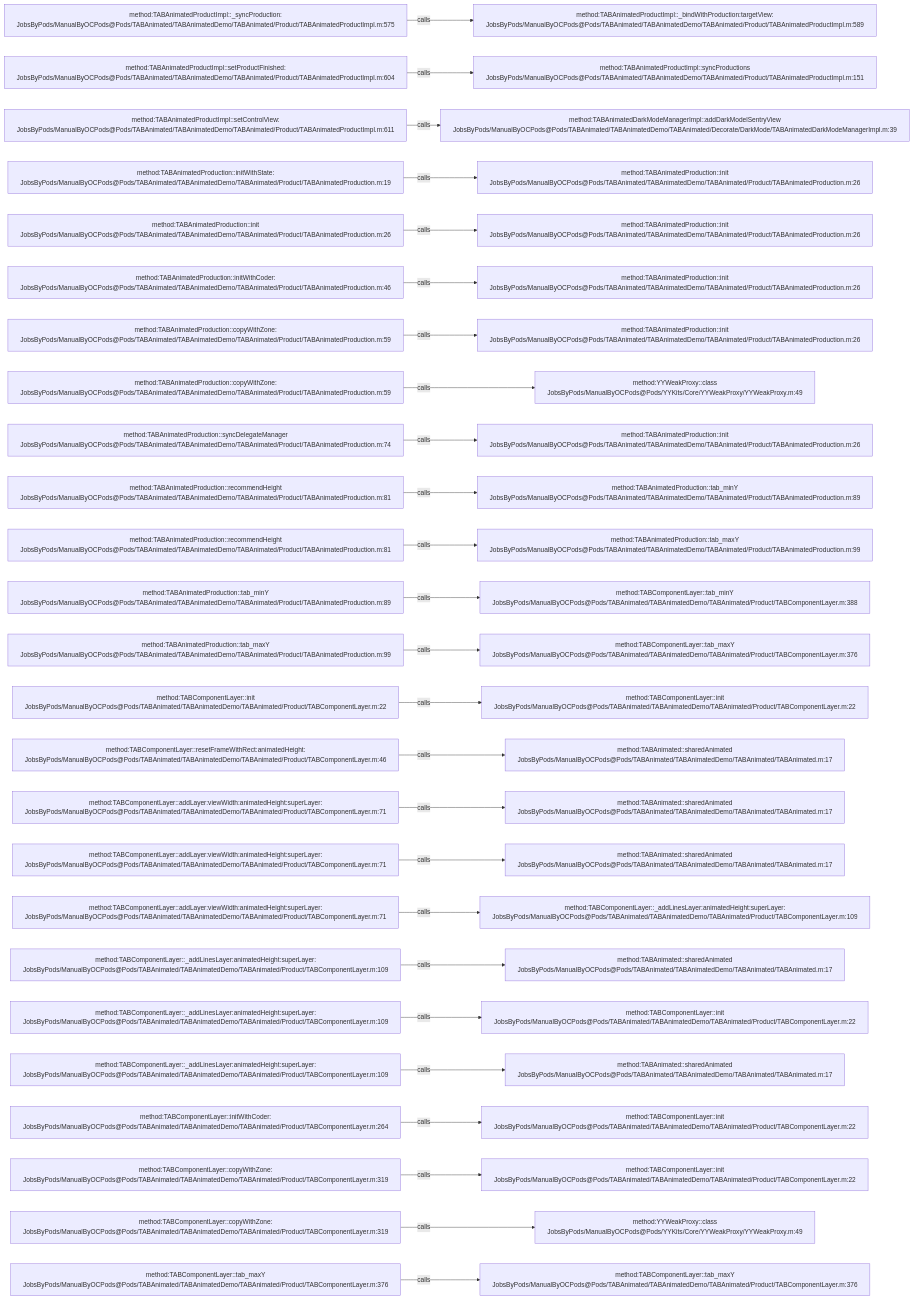
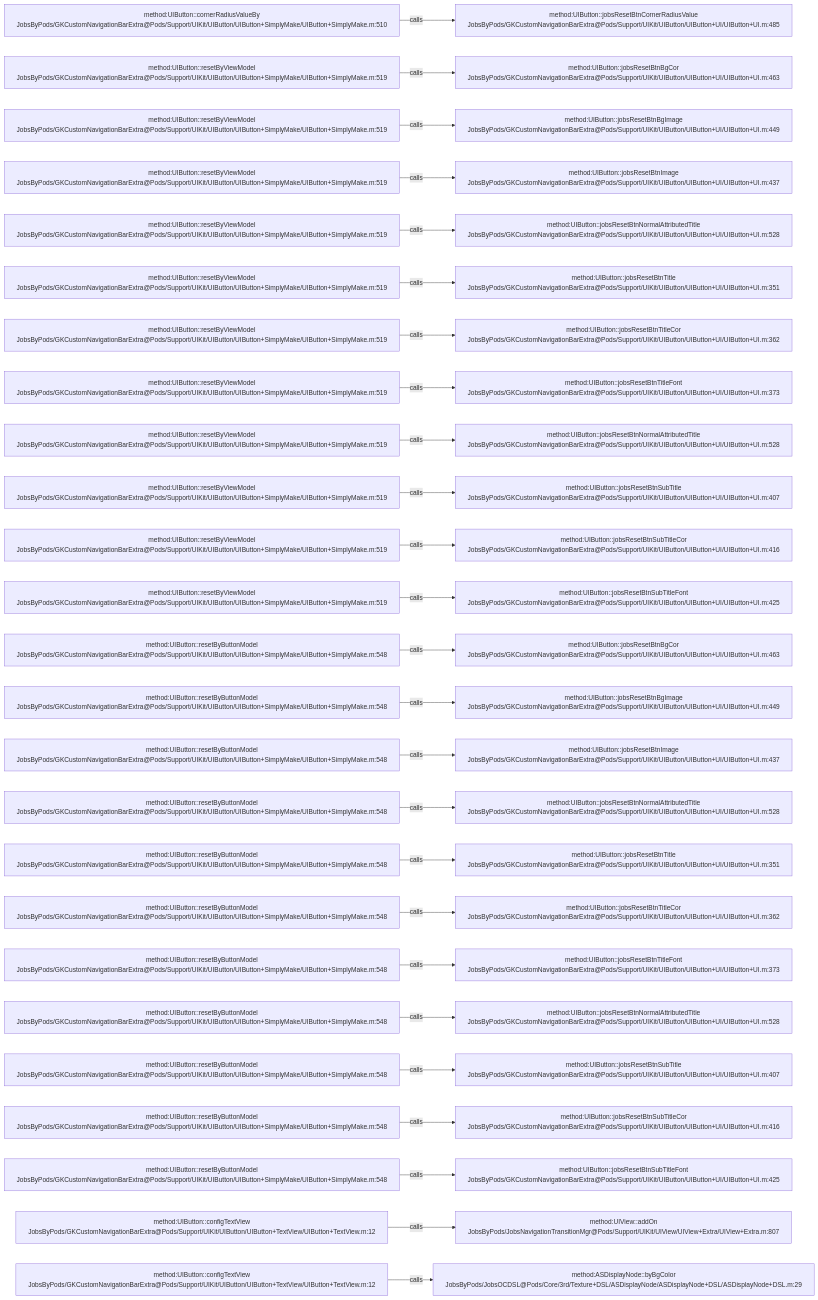
The diagram in .codegraph/codegraph.md/graphs/calls-025.md (JobsKits/JobsOCBaseConfigDemo), drawn with Mermaid before and after one commit. The commit also changed 768 other files, not shown here.

````diff
--- a/.codegraph/codegraph.md/graphs/calls-025.md
+++ b/.codegraph/codegraph.md/graphs/calls-025.md
@@ -13,78 +13,78 @@
 ```mermaid
 flowchart LR
-  S1["method:TABAnimatedProductImpl::_syncProduction:<br/>JobsByPods/ManualByOCPods@Pods/TABAnimated/TABAnimatedDemo/TABAnimated/Product/TABAnimatedProductImpl.m:575"]
-  T1["method:TABAnimatedProductImpl::_bindWithProduction:targetView:<br/>JobsByPods/ManualByOCPods@Pods/TABAnimated/TABAnimatedDemo/TABAnimated/Product/TABAnimatedProductImpl.m:589"]
+  S1["method:UIButton::cornerRadiusValueBy<br/>JobsByPods/GKCustomNavigationBarExtra@Pods/Support/UIKit/UIButton/UIButton+SimplyMake/UIButton+SimplyMake.m:510"]
+  T1["method:UIButton::jobsResetBtnCornerRadiusValue<br/>JobsByPods/GKCustomNavigationBarExtra@Pods/Support/UIKit/UIButton/UIButton+UI/UIButton+UI.m:485"]
   S1 -->|calls| T1
-  S2["method:TABAnimatedProductImpl::setProductFinished:<br/>JobsByPods/ManualByOCPods@Pods/TABAnimated/TABAnimatedDemo/TABAnimated/Product/TABAnimatedProductImpl.m:604"]
-  T2["method:TABAnimatedProductImpl::syncProductions<br/>JobsByPods/ManualByOCPods@Pods/TABAnimated/TABAnimatedDemo/TABAnimated/Product/TABAnimatedProductImpl.m:151"]
+  S2["method:UIButton::resetByViewModel<br/>JobsByPods/GKCustomNavigationBarExtra@Pods/Support/UIKit/UIButton/UIButton+SimplyMake/UIButton+SimplyMake.m:519"]
+  T2["method:UIButton::jobsResetBtnBgCor<br/>JobsByPods/GKCustomNavigationBarExtra@Pods/Support/UIKit/UIButton/UIButton+UI/UIButton+UI.m:463"]
   S2 -->|calls| T2
-  S3["method:TABAnimatedProductImpl::setControlView:<br/>JobsByPods/ManualByOCPods@Pods/TABAnimated/TABAnimatedDemo/TABAnimated/Product/TABAnimatedProductImpl.m:611"]
-  T3["method:TABAnimatedDarkModeManagerImpl::addDarkModelSentryView<br/>JobsByPods/ManualByOCPods@Pods/TABAnimated/TABAnimatedDemo/TABAnimated/Decorate/DarkMode/TABAnimatedDarkModeManagerImpl.m:39"]
+  S3["method:UIButton::resetByViewModel<br/>JobsByPods/GKCustomNavigationBarExtra@Pods/Support/UIKit/UIButton/UIButton+SimplyMake/UIButton+SimplyMake.m:519"]
+  T3["method:UIButton::jobsResetBtnBgImage<br/>JobsByPods/GKCustomNavigationBarExtra@Pods/Support/UIKit/UIButton/UIButton+UI/UIButton+UI.m:449"]
   S3 -->|calls| T3
-  S4["method:TABAnimatedProduction::initWithState:<br/>JobsByPods/ManualByOCPods@Pods/TABAnimated/TABAnimatedDemo/TABAnimated/Product/TABAnimatedProduction.m:19"]
-  T4["method:TABAnimatedProduction::init<br/>JobsByPods/ManualByOCPods@Pods/TABAnimated/TABAnimatedDemo/TABAnimated/Product/TABAnimatedProduction.m:26"]
+  S4["method:UIButton::resetByViewModel<br/>JobsByPods/GKCustomNavigationBarExtra@Pods/Support/UIKit/UIButton/UIButton+SimplyMake/UIButton+SimplyMake.m:519"]
+  T4["method:UIButton::jobsResetBtnImage<br/>JobsByPods/GKCustomNavigationBarExtra@Pods/Support/UIKit/UIButton/UIButton+UI/UIButton+UI.m:437"]
   S4 -->|calls| T4
-  S5["method:TABAnimatedProduction::init<br/>JobsByPods/ManualByOCPods@Pods/TABAnimated/TABAnimatedDemo/TABAnimated/Product/TABAnimatedProduction.m:26"]
-  T5["method:TABAnimatedProduction::init<br/>JobsByPods/ManualByOCPods@Pods/TABAnimated/TABAnimatedDemo/TABAnimated/Product/TABAnimatedProduction.m:26"]
+  S5["method:UIButton::resetByViewModel<br/>JobsByPods/GKCustomNavigationBarExtra@Pods/Support/UIKit/UIButton/UIButton+SimplyMake/UIButton+SimplyMake.m:519"]
+  T5["method:UIButton::jobsResetBtnNormalAttributedTitle<br/>JobsByPods/GKCustomNavigationBarExtra@Pods/Support/UIKit/UIButton/UIButton+UI/UIButton+UI.m:528"]
   S5 -->|calls| T5
-  S6["method:TABAnimatedProduction::initWithCoder:<br/>JobsByPods/ManualByOCPods@Pods/TABAnimated/TABAnimatedDemo/TABAnimated/Product/TABAnimatedProduction.m:46"]
-  T6["method:TABAnimatedProduction::init<br/>JobsByPods/ManualByOCPods@Pods/TABAnimated/TABAnimatedDemo/TABAnimated/Product/TABAnimatedProduction.m:26"]
+  S6["method:UIButton::resetByViewModel<br/>JobsByPods/GKCustomNavigationBarExtra@Pods/Support/UIKit/UIButton/UIButton+SimplyMake/UIButton+SimplyMake.m:519"]
+  T6["method:UIButton::jobsResetBtnTitle<br/>JobsByPods/GKCustomNavigationBarExtra@Pods/Support/UIKit/UIButton/UIButton+UI/UIButton+UI.m:351"]
   S6 -->|calls| T6
-  S7["method:TABAnimatedProduction::copyWithZone:<br/>JobsByPods/ManualByOCPods@Pods/TABAnimated/TABAnimatedDemo/TABAnimated/Product/TABAnimatedProduction.m:59"]
-  T7["method:TABAnimatedProduction::init<br/>JobsByPods/ManualByOCPods@Pods/TABAnimated/TABAnimatedDemo/TABAnimated/Product/TABAnimatedProduction.m:26"]
+  S7["method:UIButton::resetByViewModel<br/>JobsByPods/GKCustomNavigationBarExtra@Pods/Support/UIKit/UIButton/UIButton+SimplyMake/UIButton+SimplyMake.m:519"]
+  T7["method:UIButton::jobsResetBtnTitleCor<br/>JobsByPods/GKCustomNavigationBarExtra@Pods/Support/UIKit/UIButton/UIButton+UI/UIButton+UI.m:362"]
   S7 -->|calls| T7
-  S8["method:TABAnimatedProduction::copyWithZone:<br/>JobsByPods/ManualByOCPods@Pods/TABAnimated/TABAnimatedDemo/TABAnimated/Product/TABAnimatedProduction.m:59"]
-  T8["method:YYWeakProxy::class<br/>JobsByPods/ManualByOCPods@Pods/YYKits/Core/YYWeakProxy/YYWeakProxy.m:49"]
+  S8["method:UIButton::resetByViewModel<br/>JobsByPods/GKCustomNavigationBarExtra@Pods/Support/UIKit/UIButton/UIButton+SimplyMake/UIButton+SimplyMake.m:519"]
+  T8["method:UIButton::jobsResetBtnTitleFont<br/>JobsByPods/GKCustomNavigationBarExtra@Pods/Support/UIKit/UIButton/UIButton+UI/UIButton+UI.m:373"]
   S8 -->|calls| T8
-  S9["method:TABAnimatedProduction::syncDelegateManager<br/>JobsByPods/ManualByOCPods@Pods/TABAnimated/TABAnimatedDemo/TABAnimated/Product/TABAnimatedProduction.m:74"]
-  T9["method:TABAnimatedProduction::init<br/>JobsByPods/ManualByOCPods@Pods/TABAnimated/TABAnimatedDemo/TABAnimated/Product/TABAnimatedProduction.m:26"]
+  S9["method:UIButton::resetByViewModel<br/>JobsByPods/GKCustomNavigationBarExtra@Pods/Support/UIKit/UIButton/UIButton+SimplyMake/UIButton+SimplyMake.m:519"]
+  T9["method:UIButton::jobsResetBtnNormalAttributedTitle<br/>JobsByPods/GKCustomNavigationBarExtra@Pods/Support/UIKit/UIButton/UIButton+UI/UIButton+UI.m:528"]
   S9 -->|calls| T9
-  S10["method:TABAnimatedProduction::recommendHeight<br/>JobsByPods/ManualByOCPods@Pods/TABAnimated/TABAnimatedDemo/TABAnimated/Product/TABAnimatedProduction.m:81"]
-  T10["method:TABAnimatedProduction::tab_minY<br/>JobsByPods/ManualByOCPods@Pods/TABAnimated/TABAnimatedDemo/TABAnimated/Product/TABAnimatedProduction.m:89"]
+  S10["method:UIButton::resetByViewModel<br/>JobsByPods/GKCustomNavigationBarExtra@Pods/Support/UIKit/UIButton/UIButton+SimplyMake/UIButton+SimplyMake.m:519"]
+  T10["method:UIButton::jobsResetBtnSubTitle<br/>JobsByPods/GKCustomNavigationBarExtra@Pods/Support/UIKit/UIButton/UIButton+UI/UIButton+UI.m:407"]
   S10 -->|calls| T10
-  S11["method:TABAnimatedProduction::recommendHeight<br/>JobsByPods/ManualByOCPods@Pods/TABAnimated/TABAnimatedDemo/TABAnimated/Product/TABAnimatedProduction.m:81"]
-  T11["method:TABAnimatedProduction::tab_maxY<br/>JobsByPods/ManualByOCPods@Pods/TABAnimated/TABAnimatedDemo/TABAnimated/Product/TABAnimatedProduction.m:99"]
+  S11["method:UIButton::resetByViewModel<br/>JobsByPods/GKCustomNavigationBarExtra@Pods/Support/UIKit/UIButton/UIButton+SimplyMake/UIButton+SimplyMake.m:519"]
+  T11["method:UIButton::jobsResetBtnSubTitleCor<br/>JobsByPods/GKCustomNavigationBarExtra@Pods/Support/UIKit/UIButton/UIButton+UI/UIButton+UI.m:416"]
   S11 -->|calls| T11
-  S12["method:TABAnimatedProduction::tab_minY<br/>JobsByPods/ManualByOCPods@Pods/TABAnimated/TABAnimatedDemo/TABAnimated/Product/TABAnimatedProduction.m:89"]
-  T12["method:TABComponentLayer::tab_minY<br/>JobsByPods/ManualByOCPods@Pods/TABAnimated/TABAnimatedDemo/TABAnimated/Product/TABComponentLayer.m:388"]
+  S12["method:UIButton::resetByViewModel<br/>JobsByPods/GKCustomNavigationBarExtra@Pods/Support/UIKit/UIButton/UIButton+SimplyMake/UIButton+SimplyMake.m:519"]
+  T12["method:UIButton::jobsResetBtnSubTitleFont<br/>JobsByPods/GKCustomNavigationBarExtra@Pods/Support/UIKit/UIButton/UIButton+UI/UIButton+UI.m:425"]
   S12 -->|calls| T12
-  S13["method:TABAnimatedProduction::tab_maxY<br/>JobsByPods/ManualByOCPods@Pods/TABAnimated/TABAnimatedDemo/TABAnimated/Product/TABAnimatedProduction.m:99"]
-  T13["method:TABComponentLayer::tab_maxY<br/>JobsByPods/ManualByOCPods@Pods/TABAnimated/TABAnimatedDemo/TABAnimated/Product/TABComponentLayer.m:376"]
+  S13["method:UIButton::resetByButtonModel<br/>JobsByPods/GKCustomNavigationBarExtra@Pods/Support/UIKit/UIButton/UIButton+SimplyMake/UIButton+SimplyMake.m:548"]
+  T13["method:UIButton::jobsResetBtnBgCor<br/>JobsByPods/GKCustomNavigationBarExtra@Pods/Support/UIKit/UIButton/UIButton+UI/UIButton+UI.m:463"]
   S13 -->|calls| T13
-  S14["method:TABComponentLayer::init<br/>JobsByPods/ManualByOCPods@Pods/TABAnimated/TABAnimatedDemo/TABAnimated/Product/TABComponentLayer.m:22"]
-  T14["method:TABComponentLayer::init<br/>JobsByPods/ManualByOCPods@Pods/TABAnimated/TABAnimatedDemo/TABAnimated/Product/TABComponentLayer.m:22"]
+  S14["method:UIButton::resetByButtonModel<br/>JobsByPods/GKCustomNavigationBarExtra@Pods/Support/UIKit/UIButton/UIButton+SimplyMake/UIButton+SimplyMake.m:548"]
+  T14["method:UIButton::jobsResetBtnBgImage<br/>JobsByPods/GKCustomNavigationBarExtra@Pods/Support/UIKit/UIButton/UIButton+UI/UIButton+UI.m:449"]
   S14 -->|calls| T14
-  S15["method:TABComponentLayer::resetFrameWithRect:animatedHeight:<br/>JobsByPods/ManualByOCPods@Pods/TABAnimated/TABAnimatedDemo/TABAnimated/Product/TABComponentLayer.m:46"]
-  T15["method:TABAnimated::sharedAnimated<br/>JobsByPods/ManualByOCPods@Pods/TABAnimated/TABAnimatedDemo/TABAnimated/TABAnimated.m:17"]
+  S15["method:UIButton::resetByButtonModel<br/>JobsByPods/GKCustomNavigationBarExtra@Pods/Support/UIKit/UIButton/UIButton+SimplyMake/UIButton+SimplyMake.m:548"]
+  T15["method:UIButton::jobsResetBtnImage<br/>JobsByPods/GKCustomNavigationBarExtra@Pods/Support/UIKit/UIButton/UIButton+UI/UIButton+UI.m:437"]
   S15 -->|calls| T15
-  S16["method:TABComponentLayer::addLayer:viewWidth:animatedHeight:superLayer:<br/>JobsByPods/ManualByOCPods@Pods/TABAnimated/TABAnimatedDemo/TABAnimated/Product/TABComponentLayer.m:71"]
-  T16["method:TABAnimated::sharedAnimated<br/>JobsByPods/ManualByOCPods@Pods/TABAnimated/TABAnimatedDemo/TABAnimated/TABAnimated.m:17"]
+  S16["method:UIButton::resetByButtonModel<br/>JobsByPods/GKCustomNavigationBarExtra@Pods/Support/UIKit/UIButton/UIButton+SimplyMake/UIButton+SimplyMake.m:548"]
+  T16["method:UIButton::jobsResetBtnNormalAttributedTitle<br/>JobsByPods/GKCustomNavigationBarExtra@Pods/Support/UIKit/UIButton/UIButton+UI/UIButton+UI.m:528"]
   S16 -->|calls| T16
-  S17["method:TABComponentLayer::addLayer:viewWidth:animatedHeight:superLayer:<br/>JobsByPods/ManualByOCPods@Pods/TABAnimated/TABAnimatedDemo/TABAnimated/Product/TABComponentLayer.m:71"]
-  T17["method:TABAnimated::sharedAnimated<br/>JobsByPods/ManualByOCPods@Pods/TABAnimated/TABAnimatedDemo/TABAnimated/TABAnimated.m:17"]
+  S17["method:UIButton::resetByButtonModel<br/>JobsByPods/GKCustomNavigationBarExtra@Pods/Support/UIKit/UIButton/UIButton+SimplyMake/UIButton+SimplyMake.m:548"]
+  T17["method:UIButton::jobsResetBtnTitle<br/>JobsByPods/GKCustomNavigationBarExtra@Pods/Support/UIKit/UIButton/UIButton+UI/UIButton+UI.m:351"]
   S17 -->|calls| T17
-  S18["method:TABComponentLayer::addLayer:viewWidth:animatedHeight:superLayer:<br/>JobsByPods/ManualByOCPods@Pods/TABAnimated/TABAnimatedDemo/TABAnimated/Product/TABComponentLayer.m:71"]
-  T18["method:TABComponentLayer::_addLinesLayer:animatedHeight:superLayer:<br/>JobsByPods/ManualByOCPods@Pods/TABAnimated/TABAnimatedDemo/TABAnimated/Product/TABComponentLayer.m:109"]
+  S18["method:UIButton::resetByButtonModel<br/>JobsByPods/GKCustomNavigationBarExtra@Pods/Support/UIKit/UIButton/UIButton+SimplyMake/UIButton+SimplyMake.m:548"]
+  T18["method:UIButton::jobsResetBtnTitleCor<br/>JobsByPods/GKCustomNavigationBarExtra@Pods/Support/UIKit/UIButton/UIButton+UI/UIButton+UI.m:362"]
   S18 -->|calls| T18
-  S19["method:TABComponentLayer::_addLinesLayer:animatedHeight:superLayer:<br/>JobsByPods/ManualByOCPods@Pods/TABAnimated/TABAnimatedDemo/TABAnimated/Product/TABComponentLayer.m:109"]
-  T19["method:TABAnimated::sharedAnimated<br/>JobsByPods/ManualByOCPods@Pods/TABAnimated/TABAnimatedDemo/TABAnimated/TABAnimated.m:17"]
+  S19["method:UIButton::resetByButtonModel<br/>JobsByPods/GKCustomNavigationBarExtra@Pods/Support/UIKit/UIButton/UIButton+SimplyMake/UIButton+SimplyMake.m:548"]
+  T19["method:UIButton::jobsResetBtnTitleFont<br/>JobsByPods/GKCustomNavigationBarExtra@Pods/Support/UIKit/UIButton/UIButton+UI/UIButton+UI.m:373"]
   S19 -->|calls| T19
-  S20["method:TABComponentLayer::_addLinesLayer:animatedHeight:superLayer:<br/>JobsByPods/ManualByOCPods@Pods/TABAnimated/TABAnimatedDemo/TABAnimated/Product/TABComponentLayer.m:109"]
-  T20["method:TABComponentLayer::init<br/>JobsByPods/ManualByOCPods@Pods/TABAnimated/TABAnimatedDemo/TABAnimated/Product/TABComponentLayer.m:22"]
+  S20["method:UIButton::resetByButtonModel<br/>JobsByPods/GKCustomNavigationBarExtra@Pods/Support/UIKit/UIButton/UIButton+SimplyMake/UIButton+SimplyMake.m:548"]
+  T20["method:UIButton::jobsResetBtnNormalAttributedTitle<br/>JobsByPods/GKCustomNavigationBarExtra@Pods/Support/UIKit/UIButton/UIButton+UI/UIButton+UI.m:528"]
   S20 -->|calls| T20
-  S21["method:TABComponentLayer::_addLinesLayer:animatedHeight:superLayer:<br/>JobsByPods/ManualByOCPods@Pods/TABAnimated/TABAnimatedDemo/TABAnimated/Product/TABComponentLayer.m:109"]
-  T21["method:TABAnimated::sharedAnimated<br/>JobsByPods/ManualByOCPods@Pods/TABAnimated/TABAnimatedDemo/TABAnimated/TABAnimated.m:17"]
+  S21["method:UIButton::resetByButtonModel<br/>JobsByPods/GKCustomNavigationBarExtra@Pods/Support/UIKit/UIButton/UIButton+SimplyMake/UIButton+SimplyMake.m:548"]
+  T21["method:UIButton::jobsResetBtnSubTitle<br/>JobsByPods/GKCustomNavigationBarExtra@Pods/Support/UIKit/UIButton/UIButton+UI/UIButton+UI.m:407"]
   S21 -->|calls| T21
-  S22["method:TABComponentLayer::initWithCoder:<br/>JobsByPods/ManualByOCPods@Pods/TABAnimated/TABAnimatedDemo/TABAnimated/Product/TABComponentLayer.m:264"]
-  T22["method:TABComponentLayer::init<br/>JobsByPods/ManualByOCPods@Pods/TABAnimated/TABAnimatedDemo/TABAnimated/Product/TABComponentLayer.m:22"]
+  S22["method:UIButton::resetByButtonModel<br/>JobsByPods/GKCustomNavigationBarExtra@Pods/Support/UIKit/UIButton/UIButton+SimplyMake/UIButton+SimplyMake.m:548"]
+  T22["method:UIButton::jobsResetBtnSubTitleCor<br/>JobsByPods/GKCustomNavigationBarExtra@Pods/Support/UIKit/UIButton/UIButton+UI/UIButton+UI.m:416"]
   S22 -->|calls| T22
-  S23["method:TABComponentLayer::copyWithZone:<br/>JobsByPods/ManualByOCPods@Pods/TABAnimated/TABAnimatedDemo/TABAnimated/Product/TABComponentLayer.m:319"]
-  T23["method:TABComponentLayer::init<br/>JobsByPods/ManualByOCPods@Pods/TABAnimated/TABAnimatedDemo/TABAnimated/Product/TABComponentLayer.m:22"]
+  S23["method:UIButton::resetByButtonModel<br/>JobsByPods/GKCustomNavigationBarExtra@Pods/Support/UIKit/UIButton/UIButton+SimplyMake/UIButton+SimplyMake.m:548"]
+  T23["method:UIButton::jobsResetBtnSubTitleFont<br/>JobsByPods/GKCustomNavigationBarExtra@Pods/Support/UIKit/UIButton/UIButton+UI/UIButton+UI.m:425"]
   S23 -->|calls| T23
-  S24["method:TABComponentLayer::copyWithZone:<br/>JobsByPods/ManualByOCPods@Pods/TABAnimated/TABAnimatedDemo/TABAnimated/Product/TABComponentLayer.m:319"]
-  T24["method:YYWeakProxy::class<br/>JobsByPods/ManualByOCPods@Pods/YYKits/Core/YYWeakProxy/YYWeakProxy.m:49"]
+  S24["method:UIButton::configTextView<br/>JobsByPods/GKCustomNavigationBarExtra@Pods/Support/UIKit/UIButton/UIButton+TextView/UIButton+TextView.m:12"]
+  T24["method:UIView::addOn<br/>JobsByPods/JobsNavigationTransitionMgr@Pods/Support/UIKit/UIView/UIView+Extra/UIView+Extra.m:807"]
   S24 -->|calls| T24
-  S25["method:TABComponentLayer::tab_maxY<br/>JobsByPods/ManualByOCPods@Pods/TABAnimated/TABAnimatedDemo/TABAnimated/Product/TABComponentLayer.m:376"]
-  T25["method:TABComponentLayer::tab_maxY<br/>JobsByPods/ManualByOCPods@Pods/TABAnimated/TABAnimatedDemo/TABAnimated/Product/TABComponentLayer.m:376"]
+  S25["method:UIButton::configTextView<br/>JobsByPods/GKCustomNavigationBarExtra@Pods/Support/UIKit/UIButton/UIButton+TextView/UIButton+TextView.m:12"]
+  T25["method:ASDisplayNode::byBgColor<br/>JobsByPods/JobsOCDSL@Pods/Core/3rd/Texture+DSL/ASDisplayNode/ASDisplayNode+DSL/ASDisplayNode+DSL.m:29"]
   S25 -->|calls| T25
 ```
````
